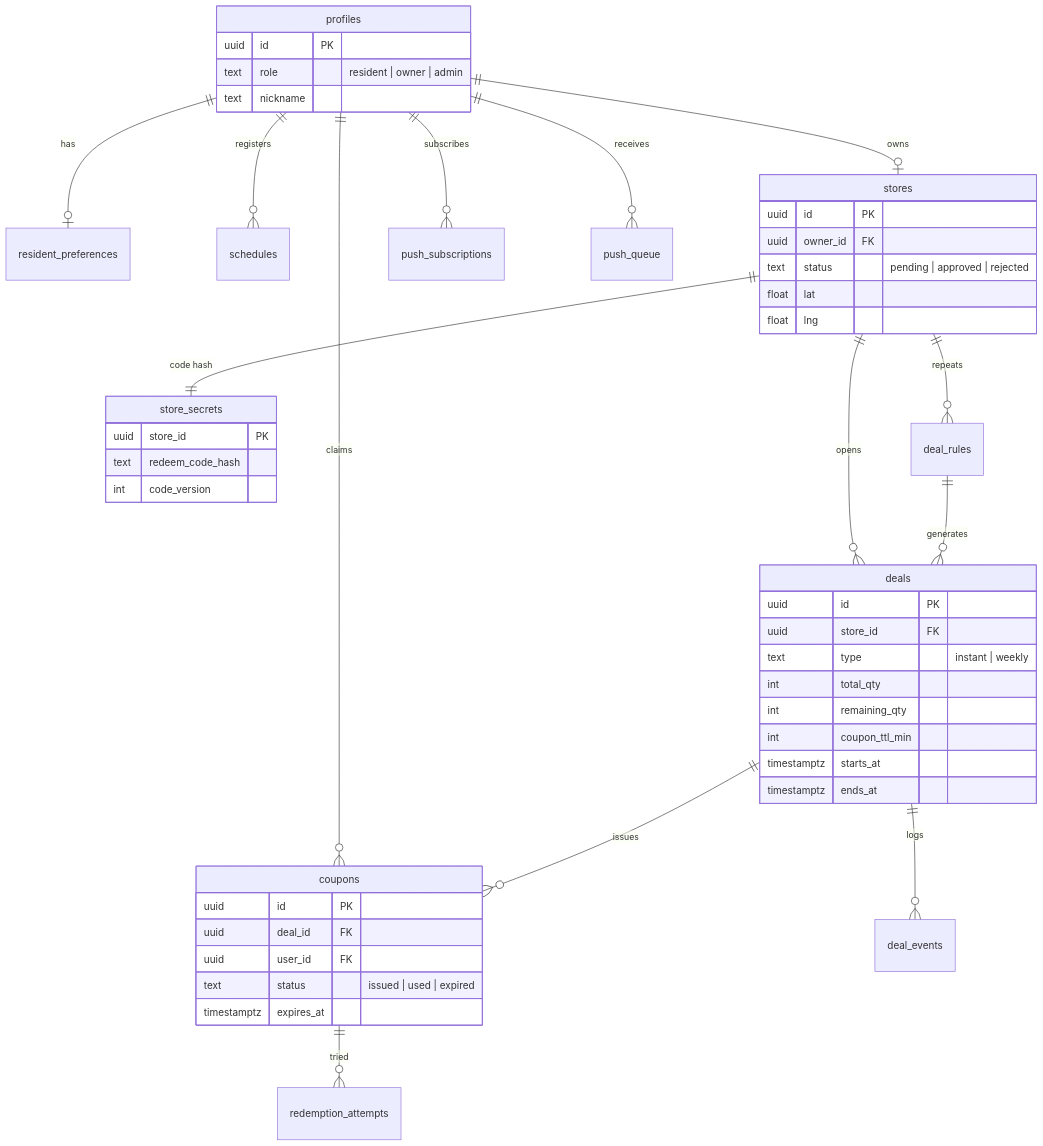
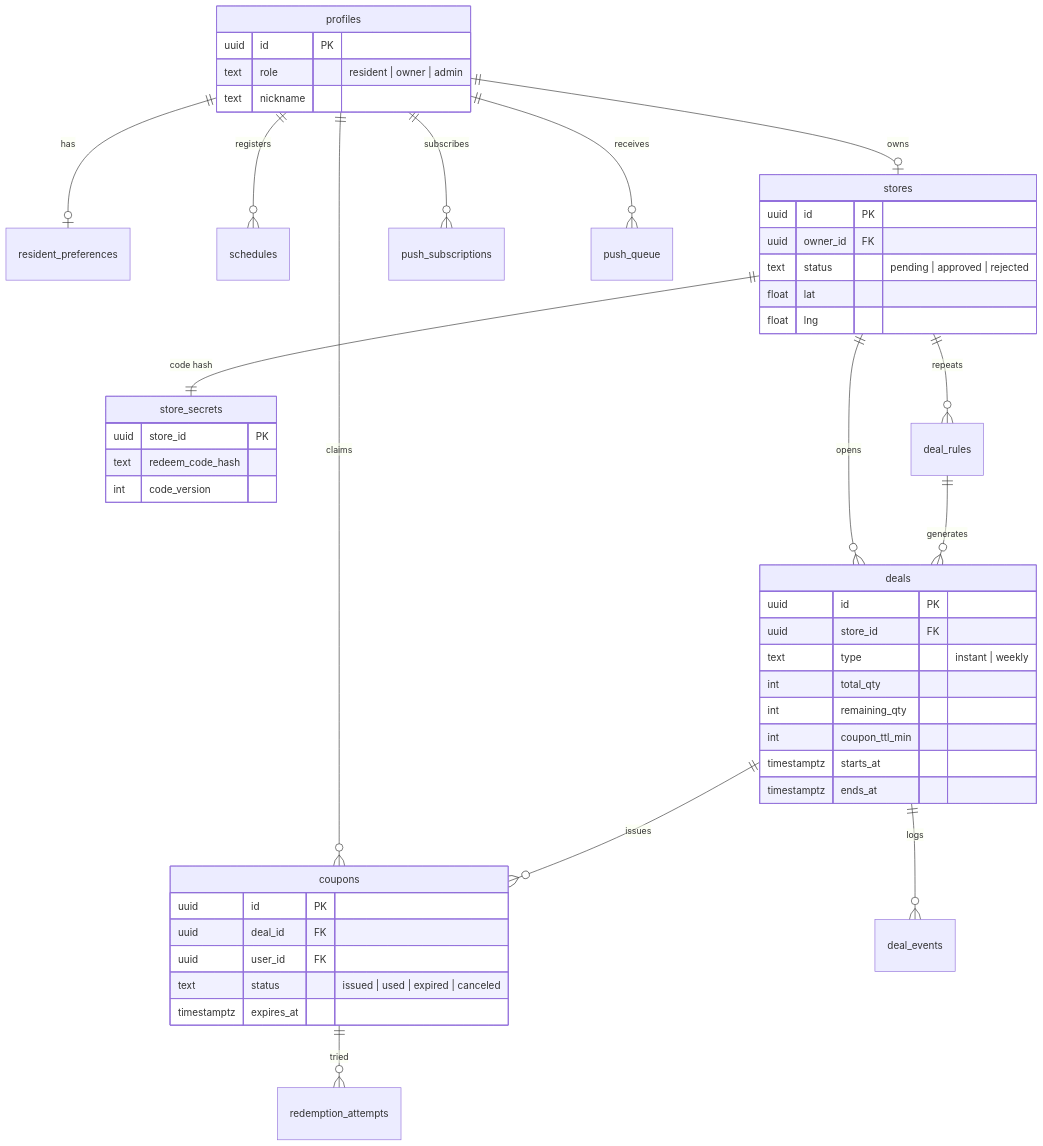
The third of 4 diagrams in README.md (2026-KW-HACKATHON/05_Last-pang), drawn with Mermaid before and after one commit. The commit also changed other lines of this file, not shown here.

````diff
--- a/README.md
+++ b/README.md
@@ -209,51 +216,51 @@
 ```mermaid
 erDiagram
   profiles ||--o| resident_preferences : has
   profiles ||--o{ schedules : registers
   profiles ||--o| stores : owns
   profiles ||--o{ coupons : claims
   profiles ||--o{ push_subscriptions : subscribes
   profiles ||--o{ push_queue : receives
   stores ||--|| store_secrets : "code hash"
   stores ||--o{ deals : opens
   stores ||--o{ deal_rules : repeats
   deal_rules ||--o{ deals : generates
   deals ||--o{ coupons : issues
   deals ||--o{ deal_events : logs
   coupons ||--o{ redemption_attempts : tried
 
   profiles {
     uuid id PK
     text role "resident | owner | admin"
     text nickname
   }
   stores {
     uuid id PK
     uuid owner_id FK
     text status "pending | approved | rejected"
     float lat
     float lng
   }
   store_secrets {
     uuid store_id PK
     text redeem_code_hash
     int code_version
   }
   deals {
     uuid id PK
     uuid store_id FK
     text type "instant | weekly"
     int total_qty
     int remaining_qty
     int coupon_ttl_min
     timestamptz starts_at
     timestamptz ends_at
   }
   coupons {
     uuid id PK
     uuid deal_id FK
     uuid user_id FK
-    text status "issued | used | expired"
+    text status "issued | used | expired | canceled"
     timestamptz expires_at
   }
 ```
````
